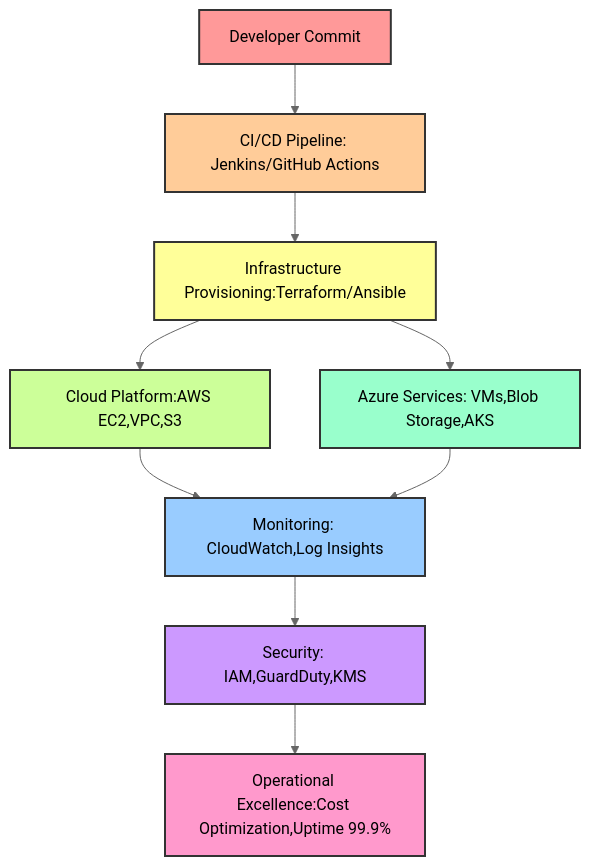
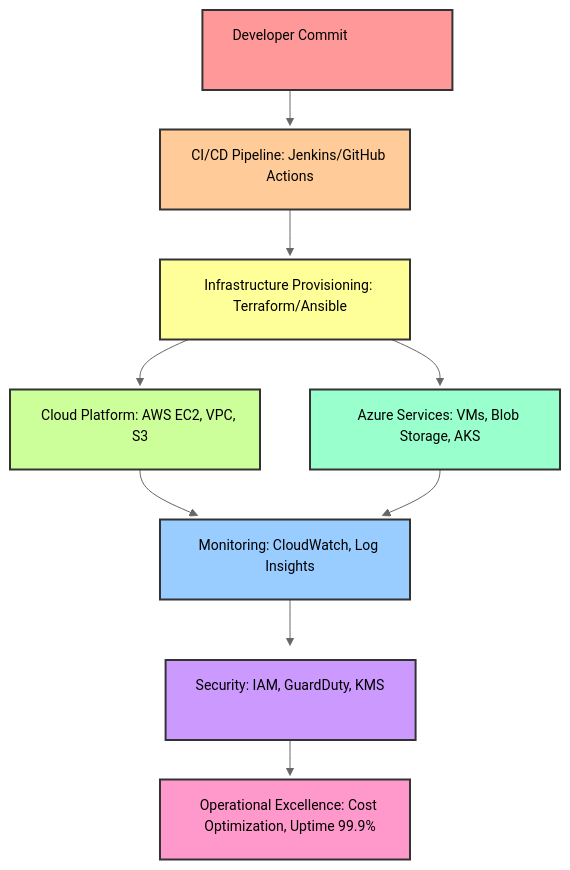
Before and after one commit to aliceekane/aliceekane-portfolio: the diagram in README.md, drawn with Mermaid (neutral theme).

````diff
--- a/README.md
+++ b/README.md
@@ -71,22 +71,26 @@
 ```mermaid
 flowchart TD
-    A[Developer Commit] --> B[CI/CD Pipeline: Jenkins/GitHub Actions]
-    B --> C[Infrastructure Provisioning:Terraform/Ansible]
-    C --> D[Cloud Platform:AWS EC2,VPC,S3]
-    C --> E[Azure Services: VMs,Blob Storage,AKS]
-    D --> F[Monitoring: CloudWatch,Log Insights]
+    A[Developer Commit]:::bigbox --> B[CI/CD Pipeline: Jenkins/GitHub Actions]:::bigbox
+    B --> C[Infrastructure Provisioning: Terraform/Ansible]:::bigbox
+    C --> D[Cloud Platform: AWS EC2, VPC, S3]:::bigbox
+    C --> E[Azure Services: VMs, Blob Storage, AKS]:::bigbox
+    D --> F[Monitoring: CloudWatch, Log Insights]:::bigbox
     E --> F
-    F --> G[Security: IAM,GuardDuty,KMS]
-    G --> H[Operational Excellence:Cost Optimization,Uptime 99.9%]
+    F --> G[Security: IAM, GuardDuty, KMS]:::bigbox
+    G --> H[Operational Excellence: Cost Optimization, Uptime 99.9%]:::bigbox
 
     %% Assigning different colors to each box
     style A fill:#FF9999,stroke:#333,stroke-width:2px
     style B fill:#FFCC99,stroke:#333,stroke-width:2px
     style C fill:#FFFF99,stroke:#333,stroke-width:2px
     style D fill:#CCFF99,stroke:#333,stroke-width:2px
     style E fill:#99FFCC,stroke:#333,stroke-width:2px
     style F fill:#99CCFF,stroke:#333,stroke-width:2px
     style G fill:#CC99FF,stroke:#333,stroke-width:2px
     style H fill:#FF99CC,stroke:#333,stroke-width:2px
 
+    %% Define a reusable class for bigger boxes
+    classDef bigbox width:250px,height:80px,font-size:14px;
+
+
 ```
````
